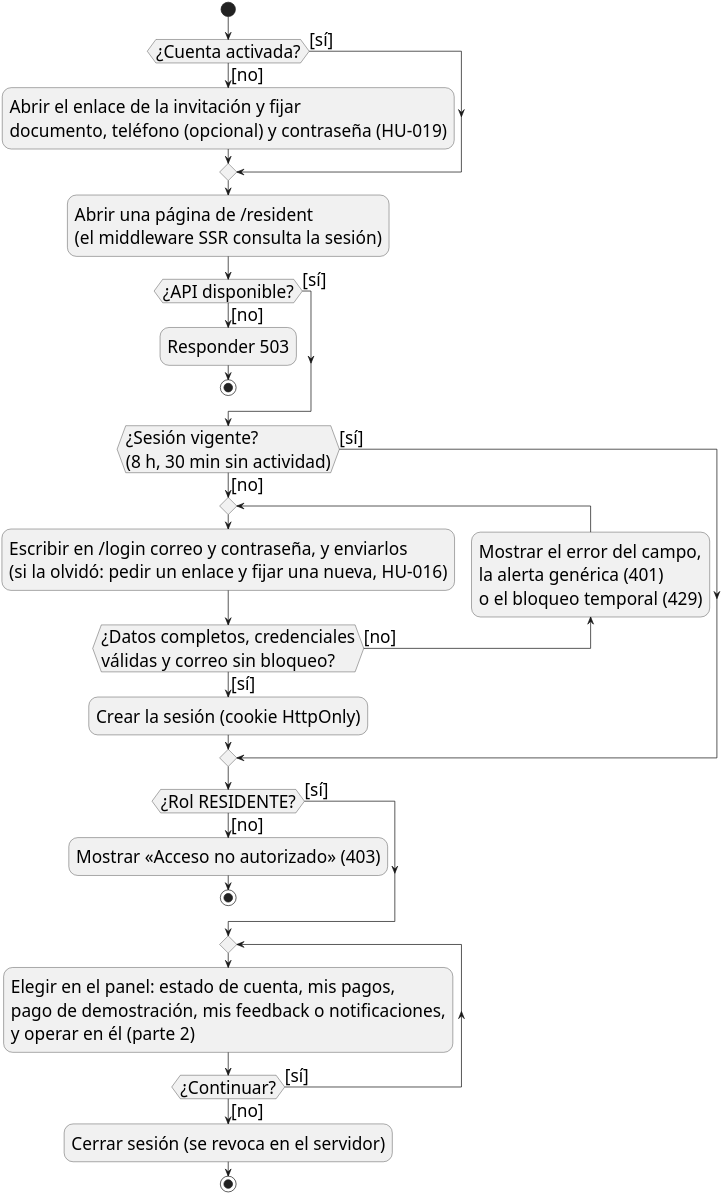
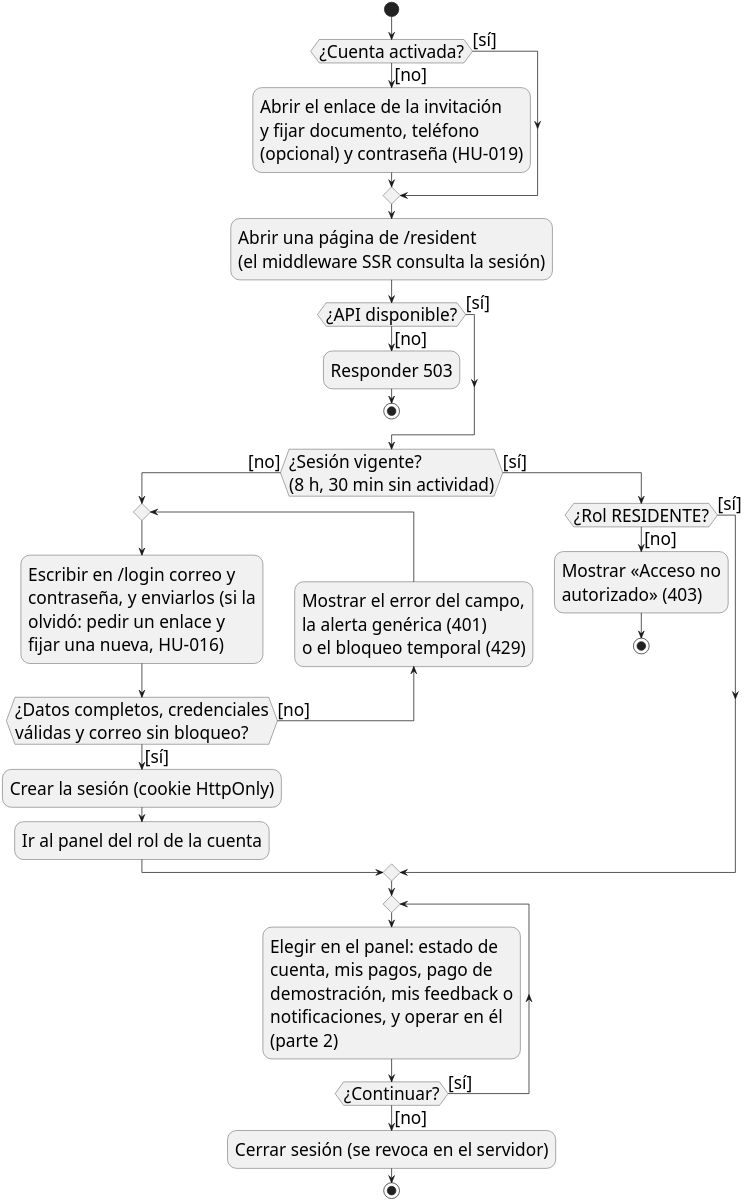
One commit to yilberDev/SoftPh-Academico changed the diagram in docs/entrega-objetivos/actividades/actividades-residente-parte1.puml. Above: the diagram before and after it, drawn with PlantUML. The commit also changed 12 other files, not shown here.

Commit message:
docs(actividades): alinear diagramas con el control de acceso y el formulario de feedback

```diff
--- a/docs/entrega-objetivos/actividades/actividades-residente-parte1.puml
+++ b/docs/entrega-objetivos/actividades/actividades-residente-parte1.puml
@@ -1,49 +1,50 @@
 @startuml
 ' Diagrama de actividades UML del residente, parte 1 de 2 (Figura 8, DA-02): activación, acceso y
 ' navegación por el panel. La parte 2 detalla las operaciones de cada módulo.
 ' Flujo tomado del código de la versión v1.1-academico:
 '   pages/activate-account.astro (HU-019)                 activación con el enlace de la invitación
 '   pages/forgot-password.astro y reset-password.astro    restablecimiento de la contraseña (HU-016)
-'   frontend/src/middleware.ts y lib/auth/page-access.ts  503 sin API · /login sin sesión · 403 con otro rol
+'   frontend/src/middleware.ts y lib/auth/page-access.ts  503 sin API · /login sin sesión · 403 solo con sesión vigente de otro rol
 '   lib/auth/roles.ts                                     /resident solo para RESIDENTE; su inicio es /resident
-'   pages/login.astro y lib/auth/login-form.ts           error del campo · alerta genérica (401) · bloqueo (429)
+'   pages/login.astro y lib/auth/login-form.ts           error del campo · 401 · 429 · panel del rol (homePathForRole)
 ' Cada decisión tiene sus dos guardas [sí] / [no].
 skinparam dpi 300
 skinparam monochrome true
 skinparam backgroundColor white
 skinparam shadowing false
 skinparam defaultFontName Helvetica
 skinparam defaultFontSize 24
 
 ' Título (no se dibuja; lo pone el pie de figura del informe): Flujo de actividades del residente (DA-02), parte 1 de 2: activación, acceso y navegación
 
 start
 if (¿Cuenta activada?) then ([no])
-  :Abrir el enlace de la invitación y fijar\ndocumento, teléfono (opcional) y contraseña (HU-019);
+  :Abrir el enlace de la invitación\ny fijar documento, teléfono\n(opcional) y contraseña (HU-019);
 else ([sí])
 endif
 :Abrir una página de /resident\n(el middleware SSR consulta la sesión);
 if (¿API disponible?) then ([no])
   :Responder 503;
   stop
 else ([sí])
 endif
 if (¿Sesión vigente?\n(8 h, 30 min sin actividad)) then ([no])
   repeat
-    :Escribir en /login correo y contraseña, y enviarlos\n(si la olvidó: pedir un enlace y fijar una nueva, HU-016);
+    :Escribir en /login correo y\ncontraseña, y enviarlos (si la\nolvidó: pedir un enlace y\nfijar una nueva, HU-016);
   backward:Mostrar el error del campo,\nla alerta genérica (401)\no el bloqueo temporal (429);
   repeat while (¿Datos completos, credenciales\nválidas y correo sin bloqueo?) is ([no]) not ([sí])
   :Crear la sesión (cookie HttpOnly);
+  :Ir al panel del rol de la cuenta;
 else ([sí])
-endif
-if (¿Rol RESIDENTE?) then ([no])
-  :Mostrar «Acceso no autorizado» (403);
-  stop
-else ([sí])
+  if (¿Rol RESIDENTE?) then ([no])
+    :Mostrar «Acceso no\nautorizado» (403);
+    stop
+  else ([sí])
+  endif
 endif
 repeat
-  :Elegir en el panel: estado de cuenta, mis pagos,\npago de demostración, mis feedback o notificaciones,\ny operar en él (parte 2);
+  :Elegir en el panel: estado de\ncuenta, mis pagos, pago de\ndemostración, mis feedback o\nnotificaciones, y operar en él\n(parte 2);
 repeat while (¿Continuar?) is ([sí]) not ([no])
 :Cerrar sesión (se revoca en el servidor);
 stop
 @enduml
```
